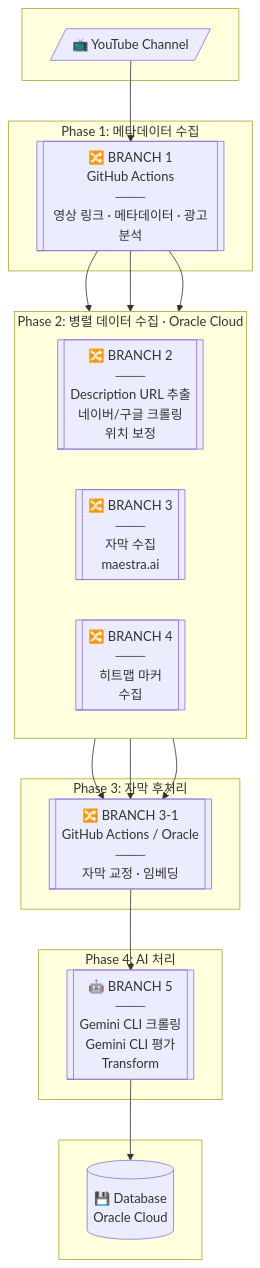
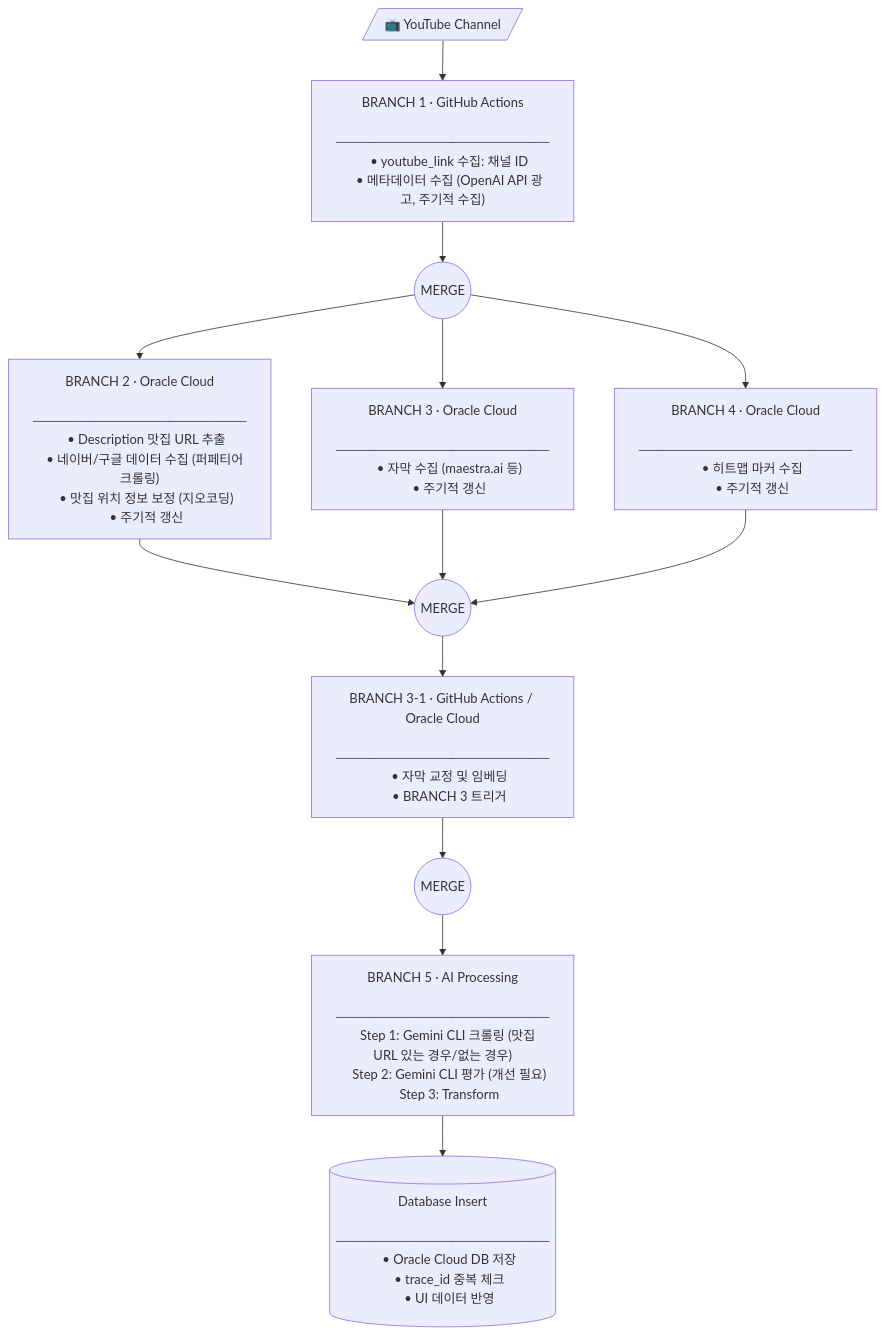
The diagram in backend/tzudong_pipeline_v2.0/README.md (twoimo/tzudong), drawn with Mermaid before and after one commit.

Commit message:
UPDATE: Revise README.md to improve the pipeline flow diagram by enhancing branch descriptions with detailed information and clearer formatting, ensuring better readability and organization of the YouTube video processing steps.

````diff
--- a/backend/tzudong_pipeline_v2.0/README.md
+++ b/backend/tzudong_pipeline_v2.0/README.md
@@ -108,35 +108,58 @@
 ```mermaid
 flowchart TD
-    subgraph INPUT[" "]
-        YT[/"📺 YouTube Channel"/]
-    end
+    YT[/"📺 YouTube Channel"/]
 
-    subgraph PHASE1["Phase 1: 메타데이터 수집"]
-        B1[["🔀 BRANCH 1<br/>GitHub Actions<br/>───<br/>영상 링크 · 메타데이터 · 광고분석"]]
-    end
+    B1["BRANCH 1 · GitHub Actions
+    ──────────────────────
+    • youtube_link 수집: 채널 ID
+    • 메타데이터 수집 (OpenAI API 광고, 주기적 수집)"]
 
-    subgraph PHASE2["Phase 2: 병렬 데이터 수집 · Oracle Cloud"]
-        direction LR
-        B2[["🔀 BRANCH 2<br/>───<br/>Description URL 추출<br/>네이버/구글 크롤링<br/>위치 보정"]]
-        B3[["🔀 BRANCH 3<br/>───<br/>자막 수집<br/>maestra.ai"]]
-        B4[["🔀 BRANCH 4<br/>───<br/>히트맵 마커<br/>수집"]]
-    end
+    M1(("MERGE"))
 
-    subgraph PHASE3["Phase 3: 자막 후처리"]
-        B3_1[["🔀 BRANCH 3-1<br/>GitHub Actions / Oracle<br/>───<br/>자막 교정 · 임베딩"]]
-    end
+    B2["BRANCH 2 · Oracle Cloud
+    ──────────────────────
+    • Description 맛집 URL 추출
+    • 네이버/구글 데이터 수집 (퍼페티어 크롤링)
+    • 맛집 위치 정보 보정 (지오코딩)
+    • 주기적 갱신"]
 
-    subgraph PHASE4["Phase 4: AI 처리"]
-        B5[["🤖 BRANCH 5<br/>───<br/>Gemini CLI 크롤링<br/>Gemini CLI 평가<br/>Transform"]]
-    end
+    B3["BRANCH 3 · Oracle Cloud
+    ──────────────────────
+    • 자막 수집 (maestra.ai 등)
+    • 주기적 갱신"]
 
-    subgraph OUTPUT[" "]
-        DB[(💾 Database<br/>Oracle Cloud)]
-    end
+    B4["BRANCH 4 · Oracle Cloud
+    ──────────────────────
+    • 히트맵 마커 수집
+    • 주기적 갱신"]
 
-    YT --> B1
-    B1 --> B2 & B3 & B4
-    B2 & B3 & B4 --> B3_1
-    B3_1 --> B5
-    B5 --> DB
+    M2(("MERGE"))
+
+    B3_1["BRANCH 3-1 · GitHub Actions / Oracle Cloud
+    ──────────────────────
+    • 자막 교정 및 임베딩
+    • BRANCH 3 트리거"]
+
+    M3(("MERGE"))
+
+    B5["BRANCH 5 · AI Processing
+    ──────────────────────
+    Step 1: Gemini CLI 크롤링 (맛집 URL 있는 경우/없는 경우)
+    Step 2: Gemini CLI 평가 (개선 필요)
+    Step 3: Transform"]
+
+    DB[("Database Insert
+    ──────────────────────
+    • Oracle Cloud DB 저장
+    • trace_id 중복 체크
+    • UI 데이터 반영")]
+
+    YT --> B1 --> M1
+    M1 --> B2
+    M1 --> B3
+    M1 --> B4
+    B2 --> M2
+    B3 --> M2
+    B4 --> M2
+    M2 --> B3_1 --> M3 --> B5 --> DB
 ```
````
